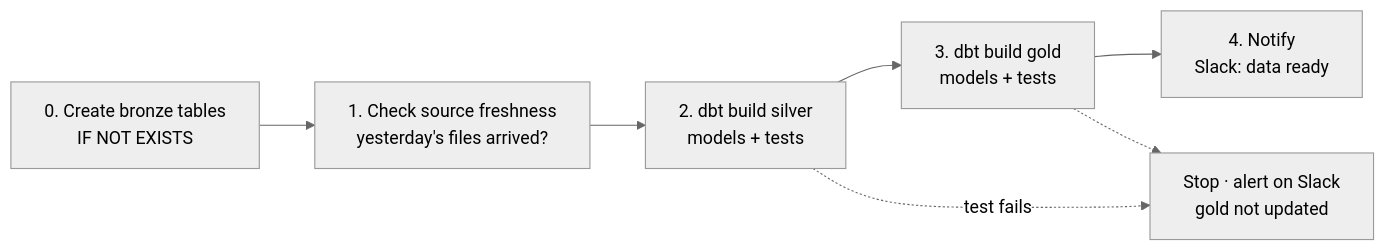
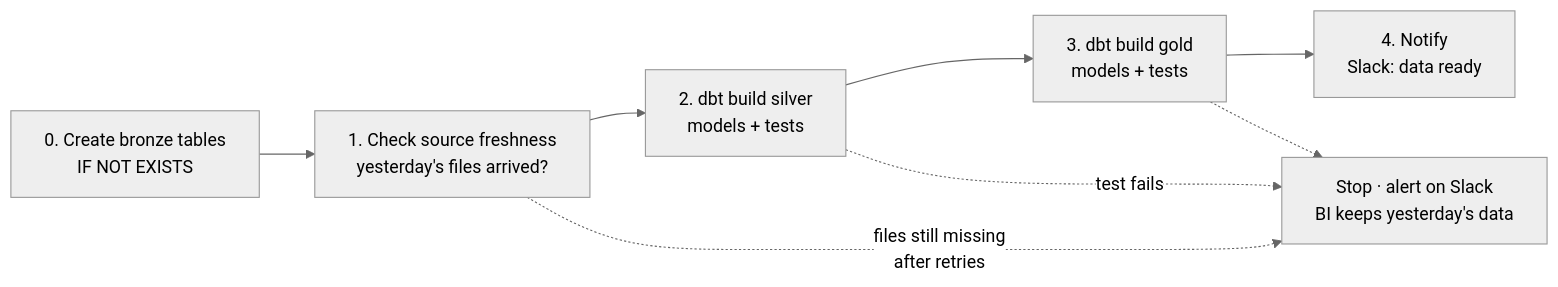
Before and after one commit to MoeinT/cloud-data-platform-case-study: the diagram in case-1-startup-data-stack/README.md, drawn with Mermaid (neutral theme). The commit also changed other lines of this file, not shown here.

````diff
--- a/case-1-startup-data-stack/README.md
+++ b/case-1-startup-data-stack/README.md
@@ -77,9 +77,10 @@
 ```mermaid
 flowchart LR
     A0["0. Create bronze tables<br/>IF NOT EXISTS"] --> A["1. Check source freshness<br/>yesterday's files arrived?"]
     A --> B["2. dbt build silver<br/>models + tests"]
     B --> C["3. dbt build gold<br/>models + tests"]
     C --> D["4. Notify<br/>Slack: data ready"]
-    B -. "test fails" .-> X["Stop · alert on Slack<br/>gold not updated"]
+    A -. "files still missing<br/>after retries" .-> X["Stop · alert on Slack<br/>BI keeps yesterday's data"]
+    B -. "test fails" .-> X
     C -.-> X
 ```
````
